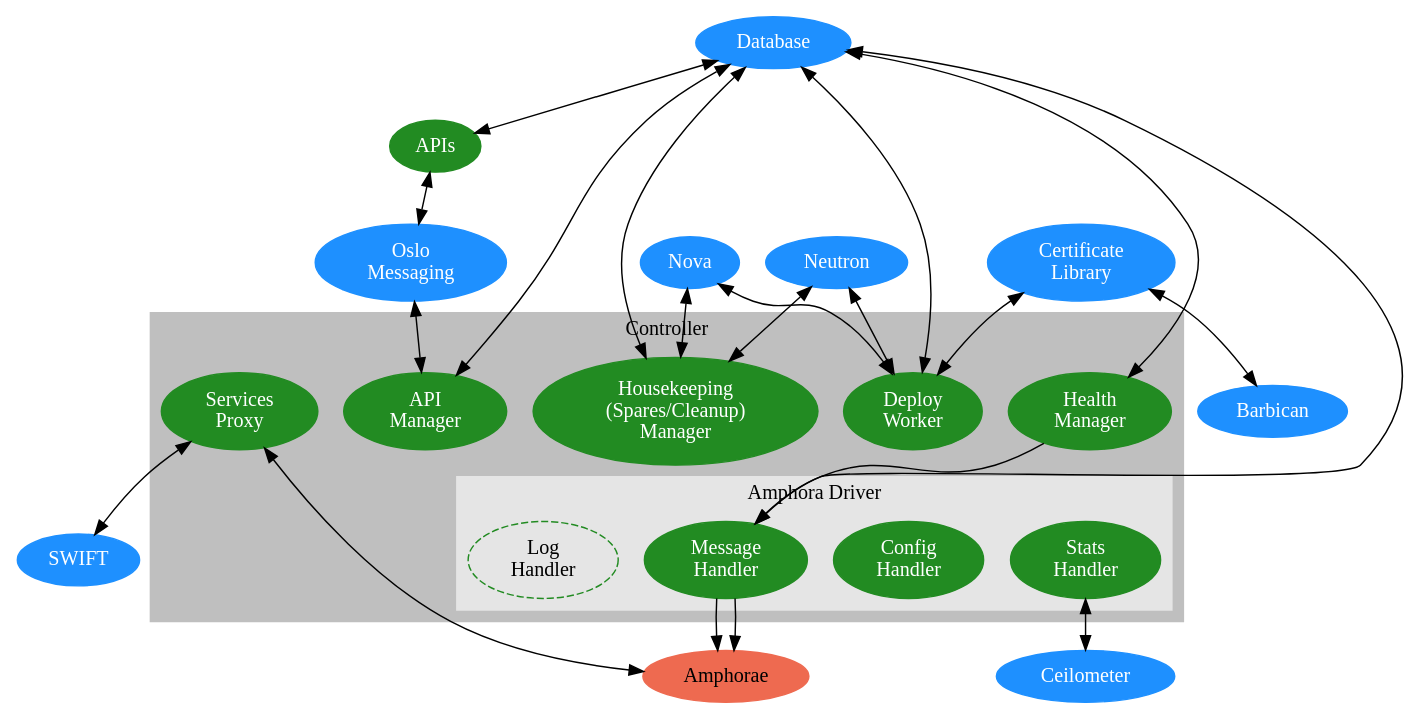
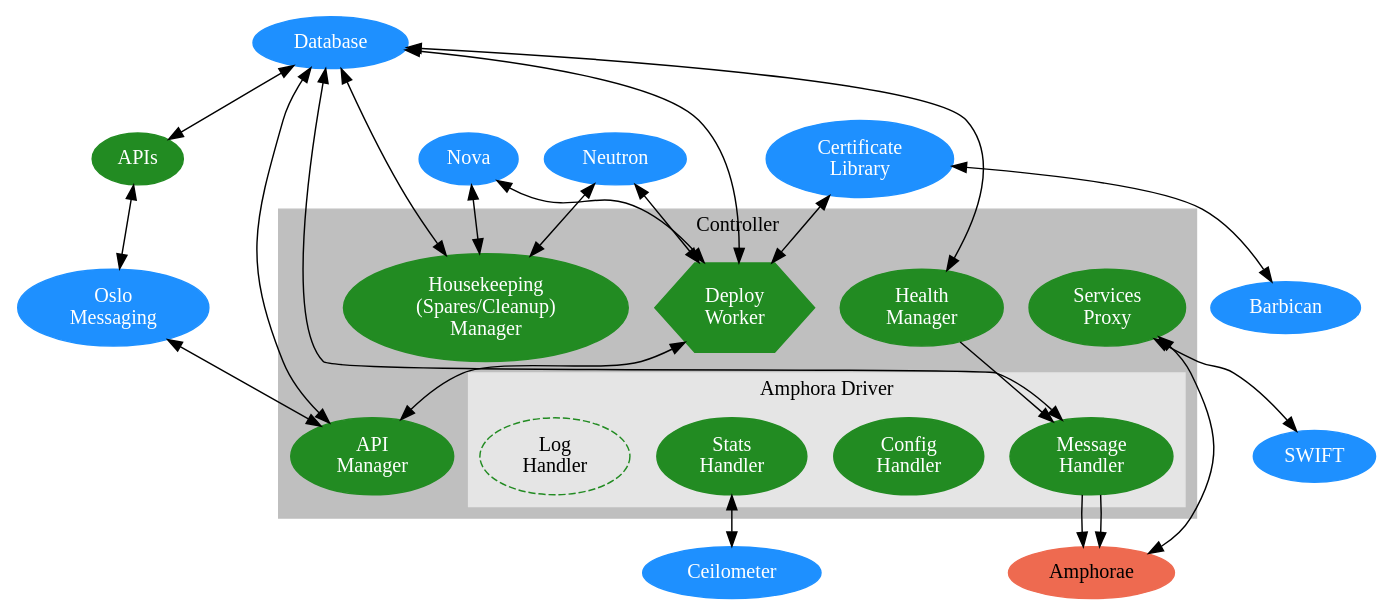
Before and after one commit to openstack/octavia: the diagram in specs/version0.5/controller.dot, drawn with Graphviz. The commit also changed 1 other file, not shown here.

```diff
--- a/specs/version0.5/controller.dot
+++ b/specs/version0.5/controller.dot
@@ -1,81 +1,82 @@
 /*
  * Copyright 2014 Hewlett-Packard Development Company, L.P.
  *
  * Licensed under the Apache License, Version 2.0 (the "License"); you may
  * not use this file except in compliance with the License. You may obtain
  * a copy of the License at
  *
  * http://www.apache.org/licenses/LICENSE-2.0
  *
  * Unless required by applicable law or agreed to in writing, software
  * distributed under the License is distributed on an "AS IS" BASIS, WITHOUT
  * WARRANTIES OR CONDITIONS OF ANY KIND, either express or implied. See the
  * License for the specific language governing permissions and limitations
  * under the License.
 */
 digraph G {
 
 
    subgraph cluster0 {
       style=filled;
       color=gray75;
 
 
       label = "Controller";
 
 
       apim [label="API\nManager", fontcolor=white, color=forestgreen, style=filled];
       health [label="Health\nManager", fontcolor=white, color=forestgreen, style=filled];
       house [label="Housekeeping\n(Spares/Cleanup)\nManager", fontcolor=white, color=forestgreen, style=filled];
-      deploy [label="Deploy\nWorker", fontcolor=white, color=forestgreen, style=filled];
+      deploy [label="Deploy\nWorker", fontcolor=white, color=forestgreen, style=filled, shape=hexagon];
       proxy [label="Services\nProxy", fontcolor=white, color=forestgreen, style=filled];
 
 
       subgraph cluster1 {
          style=filled;
          color=gray90;
          fontcolor=black;
 
 
          label = "Amphora Driver";
          msg [label="Message\nHandler", fontcolor=white, color=forestgreen, style=filled];
          config [label="Config\nHandler", fontcolor=white, color=forestgreen, style=filled];
          stats [label="Stats\nHandler", fontcolor=white, color=forestgreen, style=filled];
          log [label="Log\nHandler", fontcolor=black, color=forestgreen, style=dashed];
       }
 
 
       health -> msg;
    }
 
 
    db [label="Database", fontcolor=white, color=dodgerblue, style=filled];
    api [label="APIs", fontcolor=white, color=forestgreen, style=filled];
    oslo [label="Oslo\nMessaging", fontcolor=white, color=dodgerblue, style=filled];
    nova [label="Nova", fontcolor=white, color=dodgerblue, style=filled];
    neutron [label="Neutron", fontcolor=white, color=dodgerblue, style=filled];
    cert [label="Certificate\nLibrary", fontcolor=white, color=dodgerblue, style=filled];
    bbq [label="Barbican", fontcolor=white, color=dodgerblue, style=filled];
    swift [label="SWIFT", fontcolor=white, color=dodgerblue, style=filled];
    ceilo [label="Ceilometer", fontcolor=white, color=dodgerblue, style=filled];
    amp [label="Amphorae", fontcolor=black, color=coral2, style=filled];
 
 
+   deploy -> apim [dir="both"];
    db -> api -> oslo -> apim [dir="both"];
    db -> deploy [dir="both"];
    db -> apim [dir="both"];
    db -> health [dir="both"];
    db -> house [dir="both"];
    db -> msg [dir="both"];
    nova -> deploy [dir="both"];
    nova -> house [dir="both"];
    neutron -> deploy [dir="both"];
    neutron -> house [dir="both"];
    proxy -> swift [dir="both"];
    proxy -> amp [dir="both"];
    cert -> deploy [dir="both"];
    cert -> bbq [dir="both"];
    stats -> ceilo [dir="both"];
    msg -> amp [ltail=cluster1];
    msg -> amp [ltail=cluster1];
 }
```
